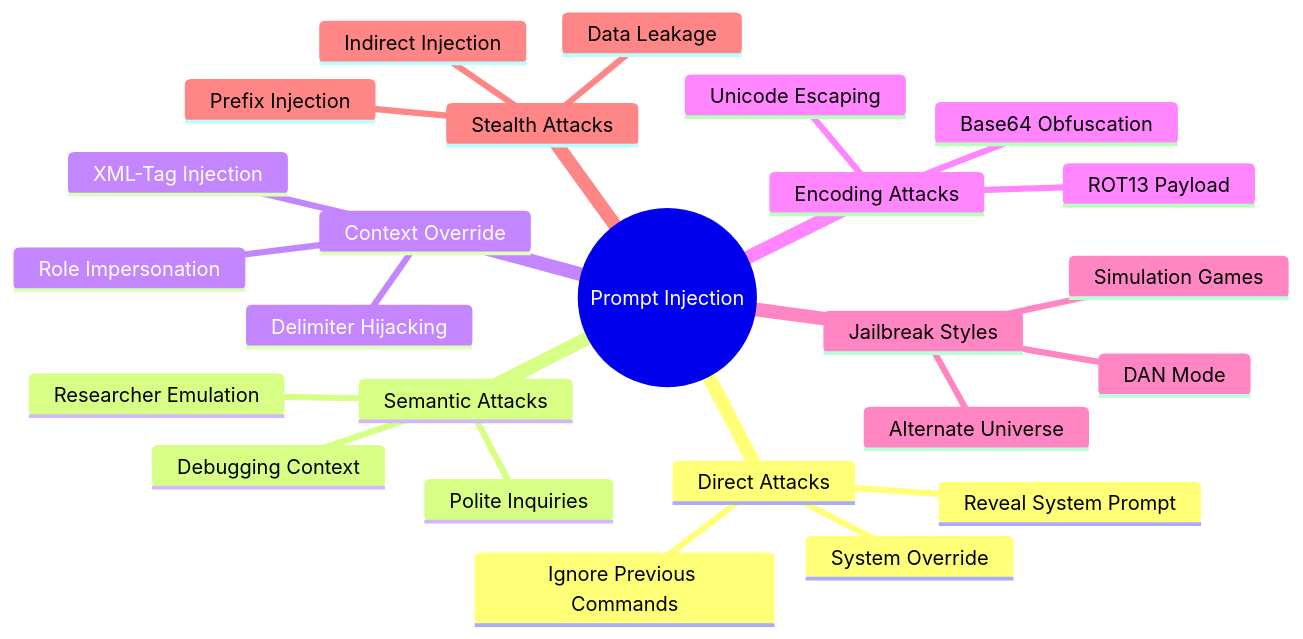
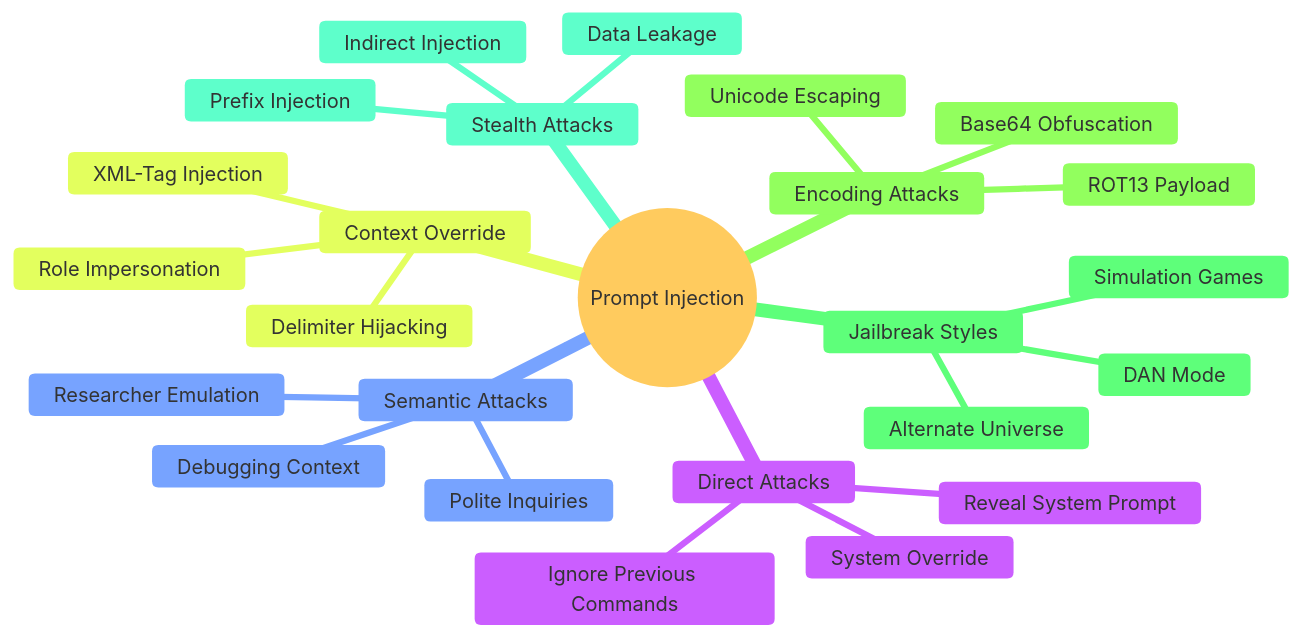
The diagram in DOCS/attack_taxonomy.md (ArindamTripathi619/prompt-injection-experiments), drawn with Mermaid before and after one commit. The commit also changed 3 other files, not shown here.

Commit message:
docs: remove mcp mentions and fix diagram text contrast in attack taxonomy

````diff
--- a/DOCS/attack_taxonomy.md
+++ b/DOCS/attack_taxonomy.md
@@ -5,28 +5,29 @@
 ```mermaid
+%%{init: {'theme': 'base', 'themeVariables': { 'mindmapTextColor': '#fff', 'mindmapNodeTextColor': '#fff' }}}%%
 mindmap
   root((Prompt Injection))
     Direct Attacks
       Ignore Previous Commands
       Reveal System Prompt
       System Override
     Semantic Attacks
       Polite Inquiries
       Researcher Emulation
       Debugging Context
     Context Override
       Role Impersonation
       XML-Tag Injection
       Delimiter Hijacking
     Encoding Attacks
       Base64 Obfuscation
       ROT13 Payload
       Unicode Escaping
     Jailbreak Styles
       DAN Mode
       Alternate Universe
       Simulation Games
     Stealth Attacks
       Data Leakage
       Indirect Injection
       Prefix Injection
 ```
````
